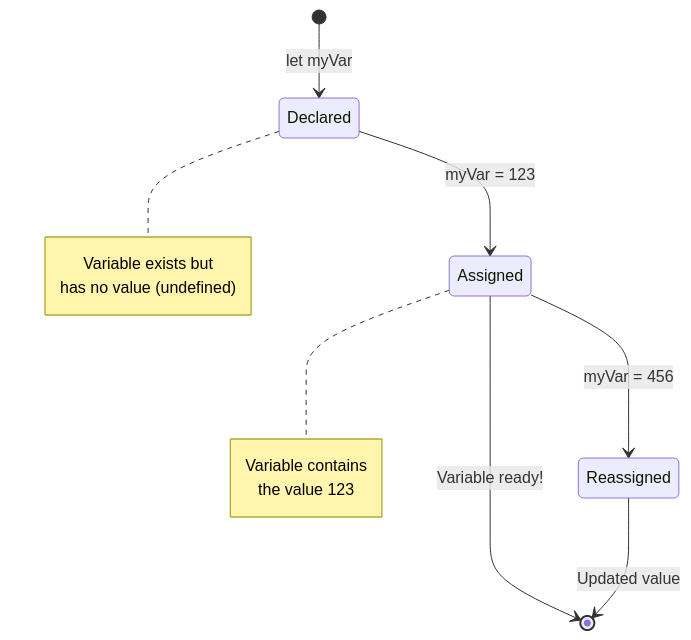
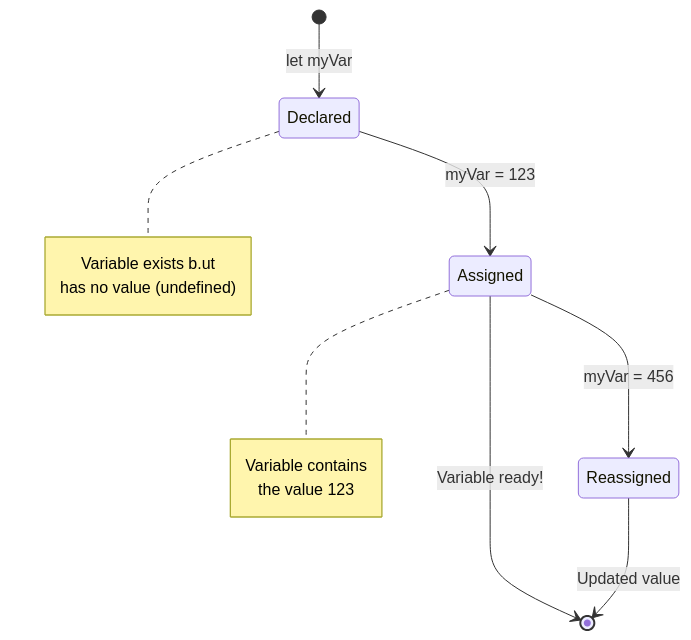
Before and after one commit to microsoft/Web-Dev-For-Beginners: the third of 11 diagrams in 2-js-basics/1-data-types/README.md, drawn with Mermaid. The commit also changed other lines of this file and 4 other files, not shown here.

````diff
--- a/2-js-basics/1-data-types/README.md
+++ b/2-js-basics/1-data-types/README.md
@@ -146,18 +147,18 @@
 ```mermaid
 stateDiagram-v2
     [*] --> Declared: let myVar
     Declared --> Assigned: myVar = 123
     Assigned --> Reassigned: myVar = 456
     Assigned --> [*]: Variable ready!
     Reassigned --> [*]: Updated value
     
     note right of Declared
-        Variable exists but
+        Variable exists b.ut
         has no value (undefined)
     end note
     
     note right of Assigned
         Variable contains
         the value 123
     end note
 ```
````
